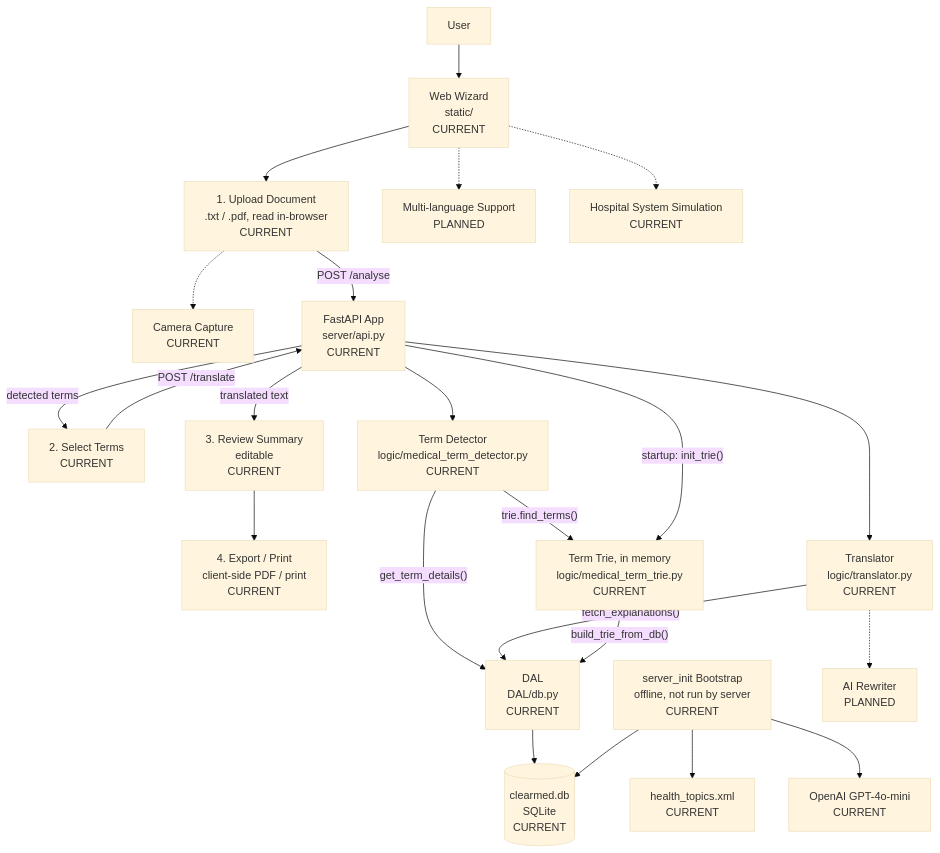
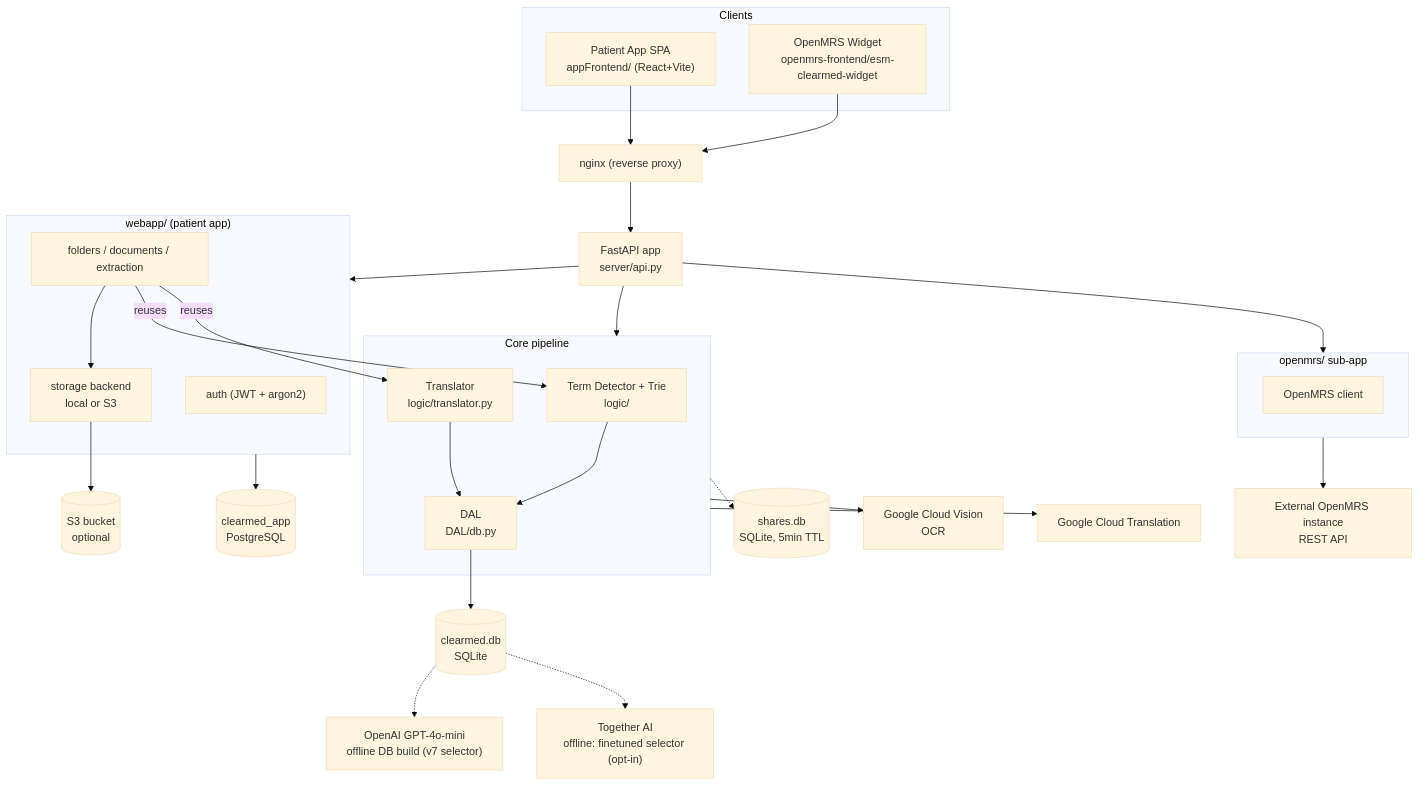
The first of 3 diagrams in README.md (TalGershanov/ClearMed), drawn with Mermaid (base theme) before and after one commit. The commit also changed other lines of this file, not shown here.

First line of the commit message:
Rewrite README to reflect current architecture

````diff
--- a/README.md
+++ b/README.md
@@ -35,55 +36,61 @@
 ```mermaid
 flowchart TD
-    User["User"]
-    Wizard["Web Wizard<br/>static/<br/>CURRENT"]
+    subgraph Clients
+        AppSPA["Patient App SPA<br/>appFrontend/ (React+Vite)"]
+        OpenMRSWidget["OpenMRS Widget<br/>openmrs-frontend/esm-clearmed-widget"]
+    end
 
-    Upload["1. Upload Document<br/>.txt / .pdf, read in-browser<br/>CURRENT"]
-    Select["2. Select Terms<br/>CURRENT"]
-    Summary["3. Review Summary<br/>editable<br/>CURRENT"]
-    Export["4. Export / Print<br/>client-side PDF / print<br/>CURRENT"]
-    Camera["Camera Capture<br/>CURRENT"]
+    Nginx["nginx (reverse proxy)"]
+    API["FastAPI app<br/>server/api.py"]
 
-    API["FastAPI App<br/>server/api.py<br/>CURRENT"]
-    Detector["Term Detector<br/>logic/medical_term_detector.py<br/>CURRENT"]
-    Trie["Term Trie, in memory<br/>logic/medical_term_trie.py<br/>CURRENT"]
-    Translator["Translator<br/>logic/translator.py<br/>CURRENT"]
-    DAL["DAL<br/>DAL/db.py<br/>CURRENT"]
-    DB[("clearmed.db<br/>SQLite<br/>CURRENT")]
+    subgraph Core["Core pipeline"]
+        Detector["Term Detector + Trie<br/>logic/"]
+        Translator["Translator<br/>logic/translator.py"]
+        DAL["DAL<br/>DAL/db.py"]
+    end
+    ClearmedDB[("clearmed.db<br/>SQLite")]
+    SharesDB[("shares.db<br/>SQLite, 5min TTL")]
 
-    Bootstrap["server_init Bootstrap<br/>offline, not run by server<br/>CURRENT"]
-    XML["health_topics.xml<br/>CURRENT"]
-    GPT["OpenAI GPT-4o-mini<br/>CURRENT"]
+    subgraph WebApp["webapp/ (patient app)"]
+        Auth["auth (JWT + argon2)"]
+        Docs["folders / documents / extraction"]
+        Storage["storage backend<br/>local or S3"]
+    end
+    PgDB[("clearmed_app<br/>PostgreSQL")]
+    S3[("S3 bucket<br/>optional")]
 
-    AIRewriter["AI Rewriter<br/>PLANNED"]
-    MultiLang["Multi-language Support<br/>PLANNED"]
-    HospitalSim["Hospital System Simulation<br/>CURRENT"]
+    subgraph OpenMRSApp["openmrs/ sub-app"]
+        OpenMRSClient["OpenMRS client"]
+    end
 
-    User --> Wizard
-    Wizard --> Upload
-    Upload -.-> Camera
+    GVision["Google Cloud Vision<br/>OCR"]
+    GTranslate["Google Cloud Translation"]
+    OpenAI["OpenAI GPT-4o-mini<br/>offline DB build (v7 selector)"]
+    Together["Together AI<br/>offline: finetuned selector (opt-in)"]
+    OpenMRSInstance["External OpenMRS instance<br/>REST API"]
 
-    Upload -- "POST /analyse" --> API
-    API -- "detected terms" --> Select
-    Select -- "POST /translate" --> API
-    API -- "translated text" --> Summary
-    Summary --> Export
+    AppSPA --> Nginx
+    OpenMRSWidget --> Nginx
+    Nginx --> API
 
-    API --> Detector
-    API --> Translator
+    API --> Core
+    API --> WebApp
+    API --> OpenMRSApp
 
-    Detector -- "trie.find_terms()" --> Trie
-    Detector -- "get_term_details()" --> DAL
-    Translator -- "fetch_explanations()" --> DAL
-    DAL --> DB
+    Detector --> DAL --> ClearmedDB
+    Translator --> DAL
+    Core -.-> SharesDB
 
-    API -- "startup: init_trie()" --> Trie
-    Trie -- "build_trie_from_db()" --> DAL
+    Docs --> Storage
+    Storage --> S3
+    WebApp --> PgDB
+    Docs -- "reuses" --> Detector
+    Docs -- "reuses" --> Translator
 
-    Bootstrap --> XML
-    Bootstrap --> GPT
-    Bootstrap --> DB
+    Core --> GVision
+    Core --> GTranslate
+    OpenMRSApp --> OpenMRSInstance
 
-    Translator -.-> AIRewriter
-    Wizard -.-> MultiLang
-    Wizard -.-> HospitalSim
+    ClearmedDB -.-> OpenAI
+    ClearmedDB -.-> Together
 ```
````
